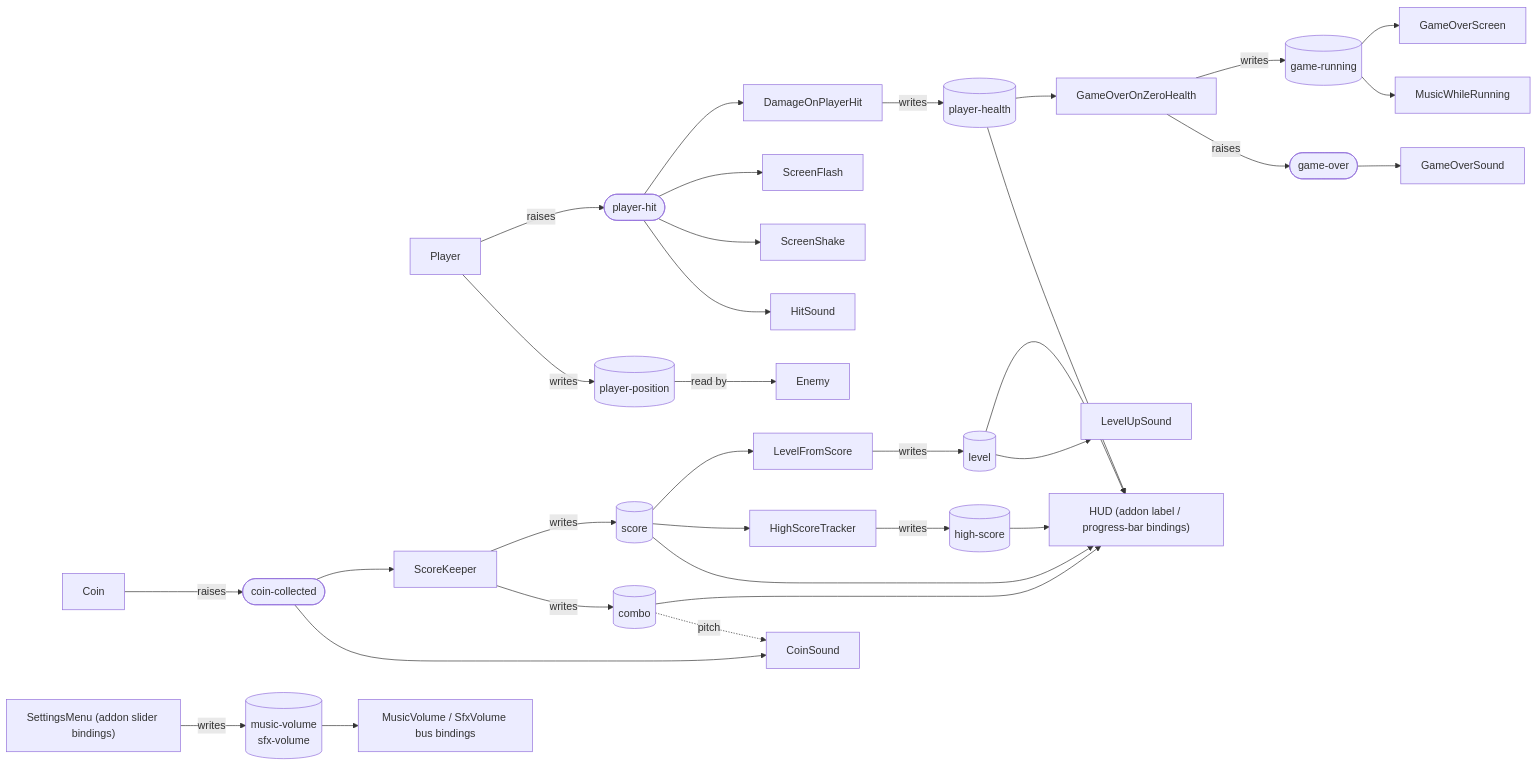
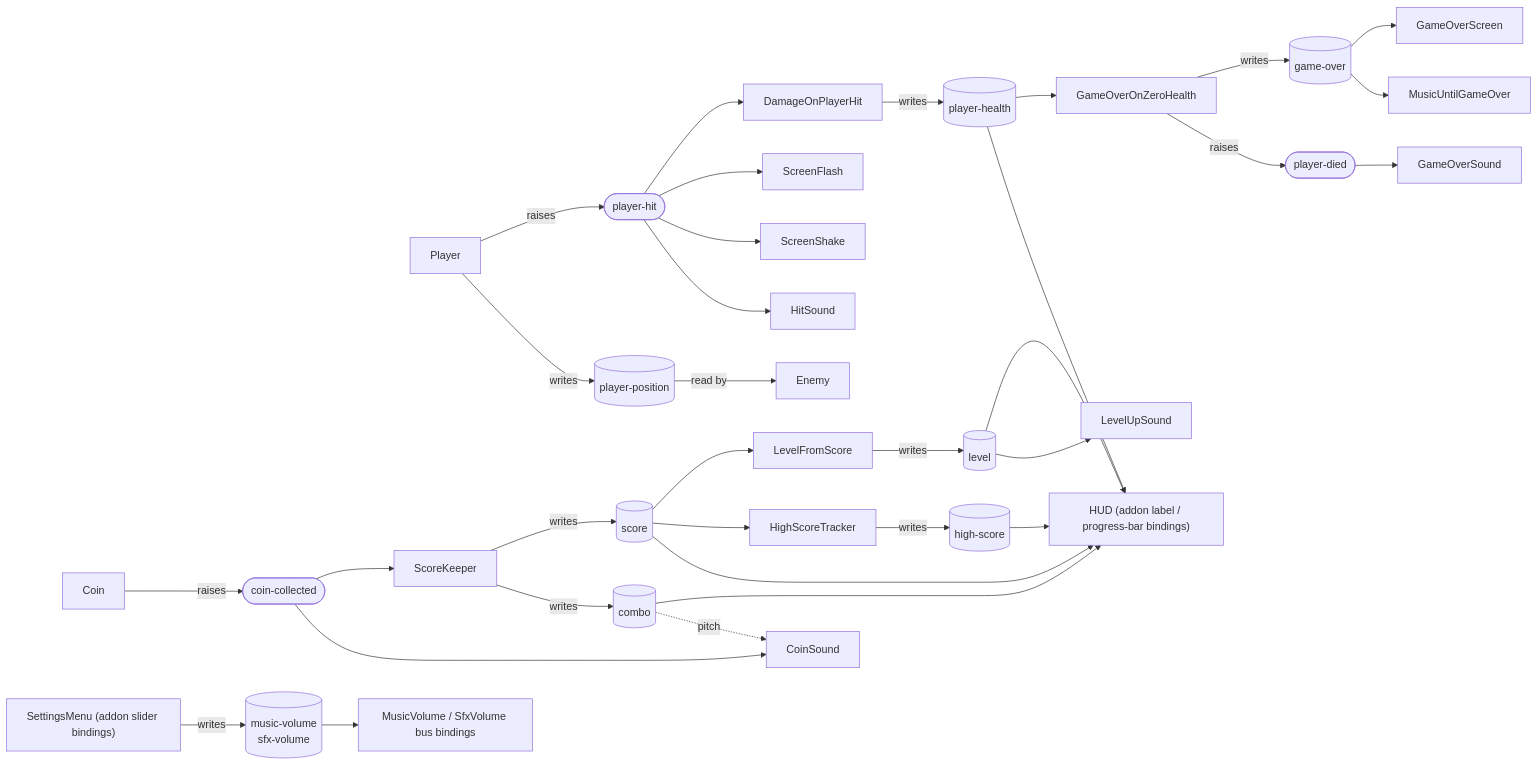
The second of 2 diagrams in README.md (joranmarcy/Godot-MEDS-Comparison), drawn with Mermaid before and after one commit. The commit also changed other lines of this file and 22 other files, not shown here.

First line of the commit message:
Refactor game state management: replace 'game-running' variable with 'game-over'

````diff
--- a/README.md
+++ b/README.md
@@ -73,24 +73,24 @@
 ```mermaid
 flowchart LR
     Coin -- raises --> CC([coin-collected])
     Player -- raises --> PH([player-hit])
     Player -- writes --> POS[(player-position)]
     POS -- read by --> Enemy
     CC --> ScoreKeeper -- writes --> SCORE[(score)] & COMBO[(combo)]
     SCORE --> LevelFromScore -- writes --> LEVEL[(level)]
     SCORE --> HighScoreTracker -- writes --> HIGH[(high-score)]
     PH --> DamageOnPlayerHit -- writes --> HEALTH[(player-health)]
-    HEALTH --> GameOverOnZeroHealth -- writes --> RUN[(game-running)]
-    GameOverOnZeroHealth -- raises --> GO([game-over])
+    HEALTH --> GameOverOnZeroHealth -- writes --> OVER[(game-over)]
+    GameOverOnZeroHealth -- raises --> DIED([player-died])
     PH --> ScreenFlash & ScreenShake
     SCORE & COMBO & LEVEL & HIGH & HEALTH --> HUD["HUD (addon label / progress-bar bindings)"]
-    RUN --> GameOverScreen
+    OVER --> GameOverScreen
     CC --> CoinSound
     COMBO -. pitch .-> CoinSound
     PH --> HitSound
     LEVEL --> LevelUpSound
-    GO --> GameOverSound
-    RUN --> MusicWhileRunning
+    DIED --> GameOverSound
+    OVER --> MusicUntilGameOver
     SettingsMenu["SettingsMenu (addon slider bindings)"] -- writes --> VOL[(music-volume<br/>sfx-volume)]
     VOL --> BusVolume["MusicVolume / SfxVolume bus bindings"]
 ```
````
